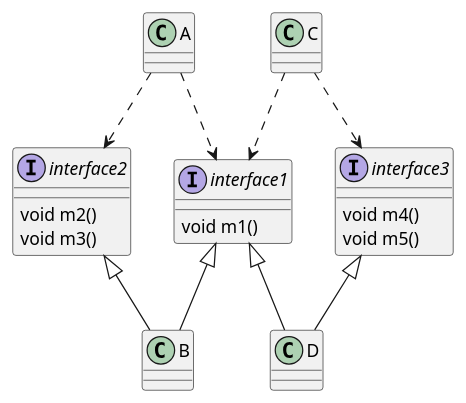
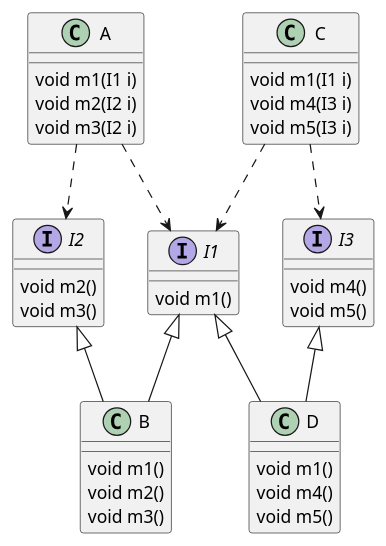
One commit to Drintau/StudyRepository changed the diagram in doc/UML/ISP2.puml. Above: the diagram before and after it, drawn with PlantUML. The commit also changed 12 other files, not shown here.

```diff
--- a/doc/UML/ISP2.puml
+++ b/doc/UML/ISP2.puml
@@ -1,28 +1,44 @@
 @startuml
 
-interface interface1{
+interface I1{
     void m1()
 }
-interface interface2{
+interface I2{
     void m2()
     void m3()
 }
-interface interface3{
+interface I3{
     void m4()
     void m5()
 }
-class A
-class B
-class C
-class D
+class A{
+    void m1(I1 i)
+    void m2(I2 i)
+    void m3(I2 i)
+}
+class B{
+    void m1()
+    void m2()
+    void m3()
+}
+class C{
+    void m1(I1 i)
+    void m4(I3 i)
+    void m5(I3 i)
+}
+class D{
+    void m1()
+    void m4()
+    void m5()
+}
 
-A ..> interface1
-A ..> interface2
-C ..> interface1
-C ..> interface3
-interface1 <|-- B
-interface2 <|-- B
-interface1 <|-- D
-interface3 <|-- D
+A ..> I1
+A ..> I2
+C ..> I1
+C ..> I3
+I1 <|-- B
+I2 <|-- B
+I1 <|-- D
+I3 <|-- D
 
 @enduml
```
